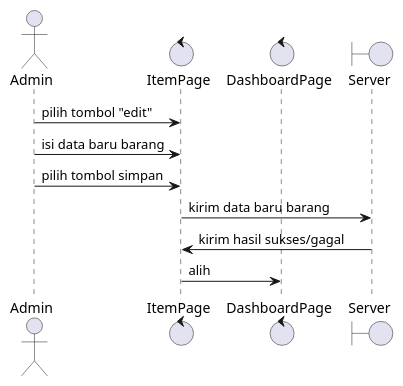
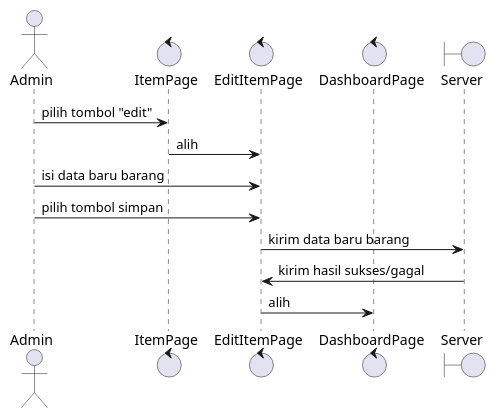
The diagram in upd_item_seq.puml (stnDinus/skpl_apbo_diagrams), drawn with PlantUML before and after one commit. The commit also changed 2 other files, not shown here.

```diff
--- a/upd_item_seq.puml
+++ b/upd_item_seq.puml
@@ -1,13 +1,15 @@
 @startuml
 actor Admin
 control ItemPage
+control EditItemPage
 control DashboardPage
 boundary Server
 
 Admin -> ItemPage: pilih tombol "edit"
-Admin -> ItemPage: isi data baru barang
-Admin -> ItemPage: pilih tombol simpan
-ItemPage -> Server: kirim data baru barang
-Server -> ItemPage: kirim hasil sukses/gagal
-ItemPage -> DashboardPage: alih
+ItemPage -> EditItemPage: alih
+Admin -> EditItemPage: isi data baru barang
+Admin -> EditItemPage: pilih tombol simpan
+EditItemPage -> Server: kirim data baru barang
+Server -> EditItemPage: kirim hasil sukses/gagal
+EditItemPage -> DashboardPage: alih
 @enduml
```
